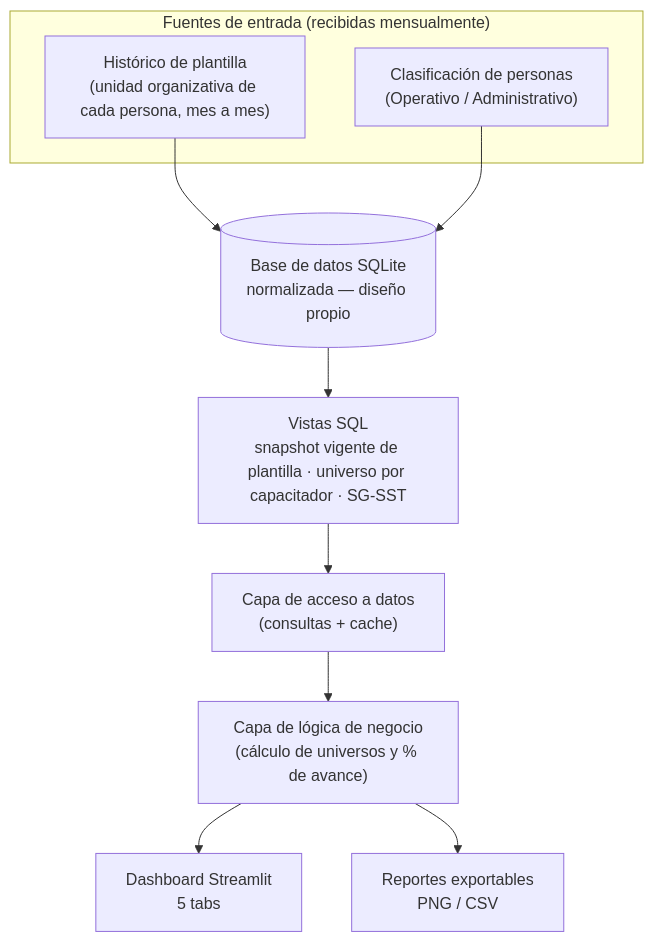
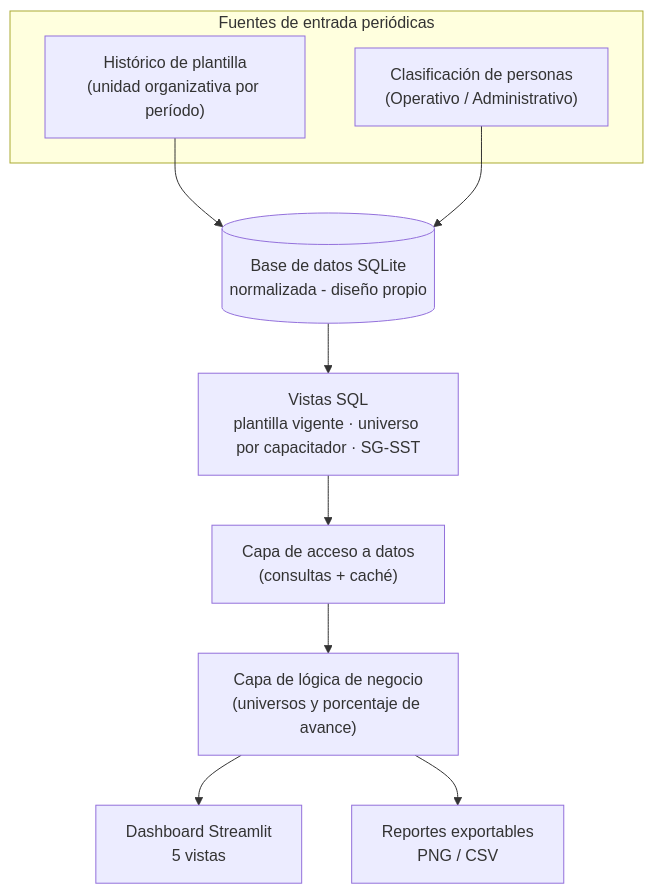
One commit to jminolli-e/case-studies changed the second of 5 diagrams in charla-5-min/README.md. Above: the diagram before and after it, drawn with Mermaid. The commit also changed other lines of this file, not shown here.

````diff
--- a/charla-5-min/README.md
+++ b/charla-5-min/README.md
@@ -66,14 +66,14 @@
 ```mermaid
 flowchart TB
-    subgraph Entrada["Fuentes de entrada (recibidas mensualmente)"]
-        A1["Histórico de plantilla<br/>(unidad organizativa de cada persona, mes a mes)"]
+    subgraph Entrada["Fuentes de entrada periódicas"]
+        A1["Histórico de plantilla<br/>(unidad organizativa por período)"]
         A2["Clasificación de personas<br/>(Operativo / Administrativo)"]
     end
-    A1 --> DB[("Base de datos SQLite<br/>normalizada — diseño propio")]
+    A1 --> DB[("Base de datos SQLite<br/>normalizada - diseño propio")]
     A2 --> DB
-    DB --> V["Vistas SQL<br/>snapshot vigente de plantilla · universo por capacitador · SG-SST"]
-    V --> L["Capa de acceso a datos<br/>(consultas + cache)"]
-    L --> N["Capa de lógica de negocio<br/>(cálculo de universos y % de avance)"]
-    N --> UI["Dashboard Streamlit<br/>5 tabs"]
+    DB --> V["Vistas SQL<br/>plantilla vigente · universo por capacitador · SG-SST"]
+    V --> L["Capa de acceso a datos<br/>(consultas + caché)"]
+    L --> N["Capa de lógica de negocio<br/>(universos y porcentaje de avance)"]
+    N --> UI["Dashboard Streamlit<br/>5 vistas"]
     N --> R["Reportes exportables<br/>PNG / CSV"]
 ```
````
